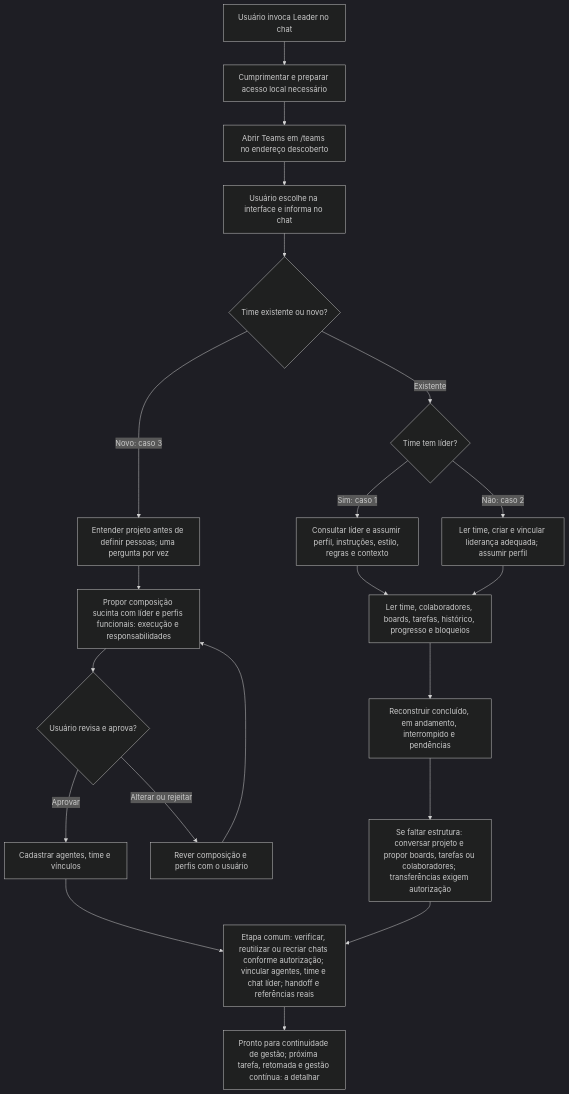
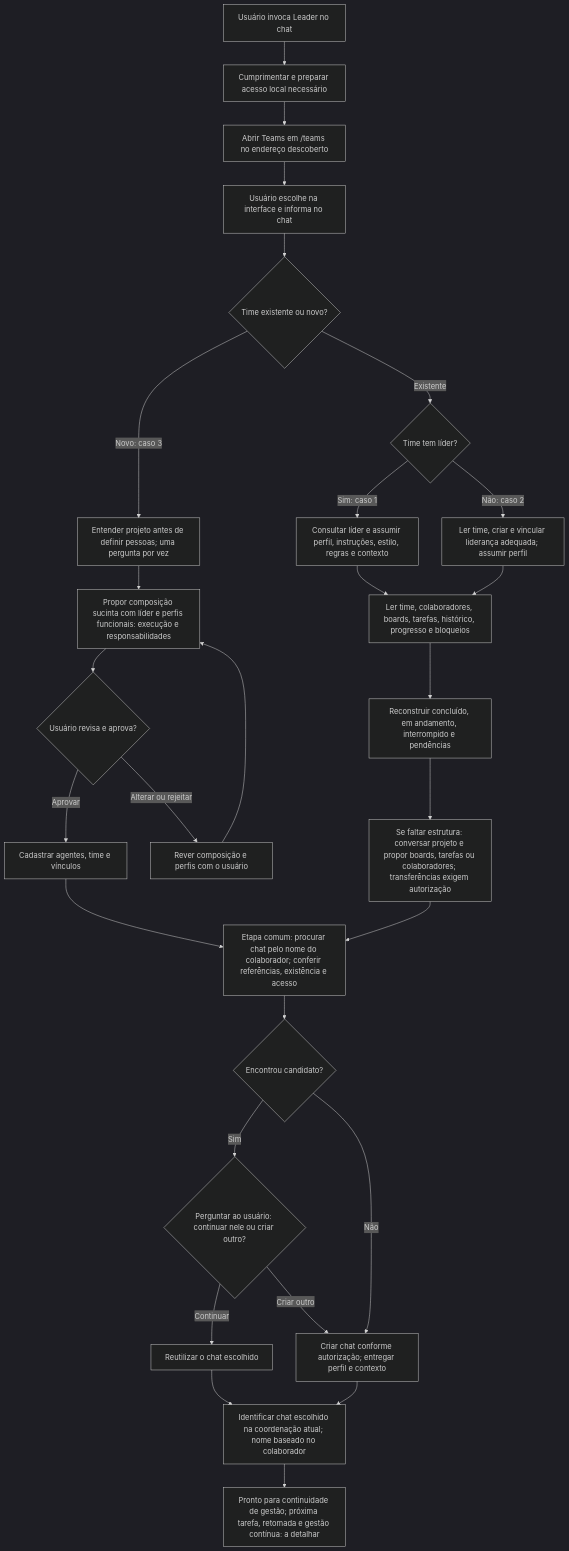
One commit to runvibe/beeteam changed the diagram in docs/leader-onboarding-flows.md. Above: the diagram before and after it, drawn with Mermaid (dark theme). The commit also changed other lines of this file, not shown here.

Commit message:
docs: require explicit choice to reuse collaborator chats

````diff
--- a/docs/leader-onboarding-flows.md
+++ b/docs/leader-onboarding-flows.md
@@ -7,24 +7,31 @@
 ```mermaid
 flowchart TD
     A["Usuário invoca Leader no chat"] --> B["Cumprimentar e preparar acesso local necessário"]
     B --> C["Abrir Teams em /teams no endereço descoberto"]
     C --> D["Usuário escolhe na interface e informa no chat"]
     D --> E{"Time existente ou novo?"}
     E -->|Existente| F{"Time tem líder?"}
     F -->|Sim: caso 1| G["Consultar líder e assumir perfil, instruções, estilo, regras e contexto"]
     F -->|Não: caso 2| H["Ler time, criar e vincular liderança adequada; assumir perfil"]
     G --> I["Ler time, colaboradores, boards, tarefas, histórico, progresso e bloqueios"]
     H --> I
     I --> J["Reconstruir concluído, em andamento, interrompido e pendências"]
     J --> K["Se faltar estrutura: conversar projeto e propor boards, tarefas ou colaboradores; transferências exigem autorização"]
     E -->|Novo: caso 3| L["Entender projeto antes de definir pessoas; uma pergunta por vez"]
     L --> M["Propor composição sucinta com líder e perfis funcionais: execução e responsabilidades"]
     M --> N{"Usuário revisa e aprova?"}
     N -->|Alterar ou rejeitar| O["Rever composição e perfis com o usuário"]
     O --> M
     N -->|Aprovar| P["Cadastrar agentes, time e vínculos"]
-    P --> Q["Etapa comum: verificar, reutilizar ou recriar chats conforme autorização; vincular agentes, time e chat líder; handoff e referências reais"]
+    P --> Q["Etapa comum: procurar chat pelo nome do colaborador; conferir referências, existência e acesso"]
     K --> Q
-    Q --> R
+    Q --> S{"Encontrou candidato?"}
+    S -->|Sim| T{"Perguntar ao usuário: continuar nele ou criar outro?"}
+    T -->|Continuar| U["Reutilizar o chat escolhido"]
+    T -->|Criar outro| V["Criar chat conforme autorização; entregar perfil e contexto"]
+    S -->|Não| V
+    U --> W["Identificar chat escolhido na coordenação atual; nome baseado no colaborador"]
+    V --> W
+    W --> R
     R["Pronto para continuidade de gestão; próxima tarefa, retomada e gestão contínua: a detalhar"]
 ```
````
